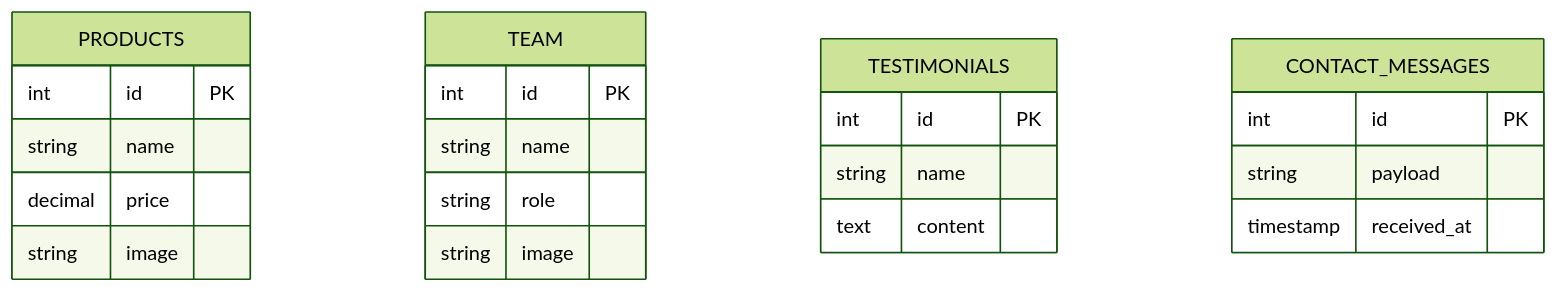
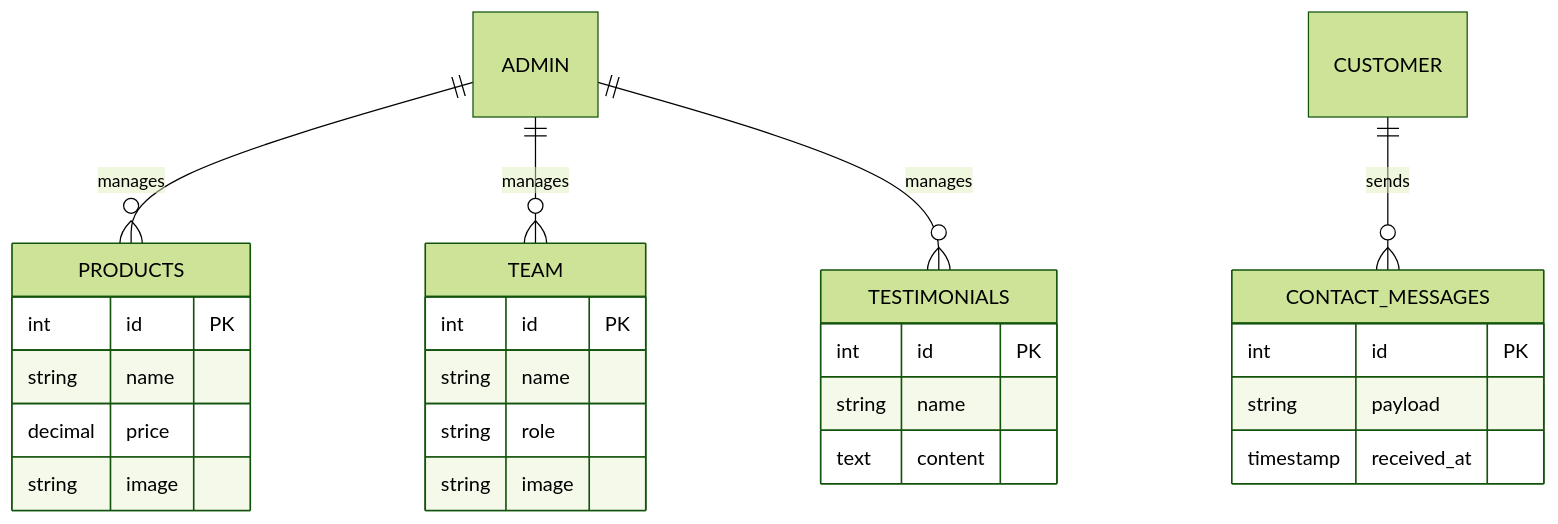
Before and after one commit to siddheshsomvanshi1/Bakery_Project_Docker_K8S: the fourth of 7 diagrams in BakeryProject_new-main/Containerized Bakery Web Application/README.md, drawn with Mermaid (forest theme). The commit also changed other lines of this file and 1 other file, not shown here.

````diff
--- a/BakeryProject_new-main/Containerized Bakery Web Application/README.md
+++ b/BakeryProject_new-main/Containerized Bakery Web Application/README.md
@@ -96,25 +103,30 @@
 ```mermaid
 erDiagram
+    ADMIN ||--o{ PRODUCTS : manages
+    ADMIN ||--o{ TEAM : manages
+    ADMIN ||--o{ TESTIMONIALS : manages
+    CUSTOMER ||--o{ CONTACT_MESSAGES : sends
+    
     PRODUCTS {
         int id PK
         string name
         decimal price
         string image
     }
     TEAM {
         int id PK
         string name
         string role
         string image
     }
     TESTIMONIALS {
         int id PK
         string name
         text content
     }
     CONTACT_MESSAGES {
         int id PK
         string payload
         timestamp received_at
     }
 ```
````
